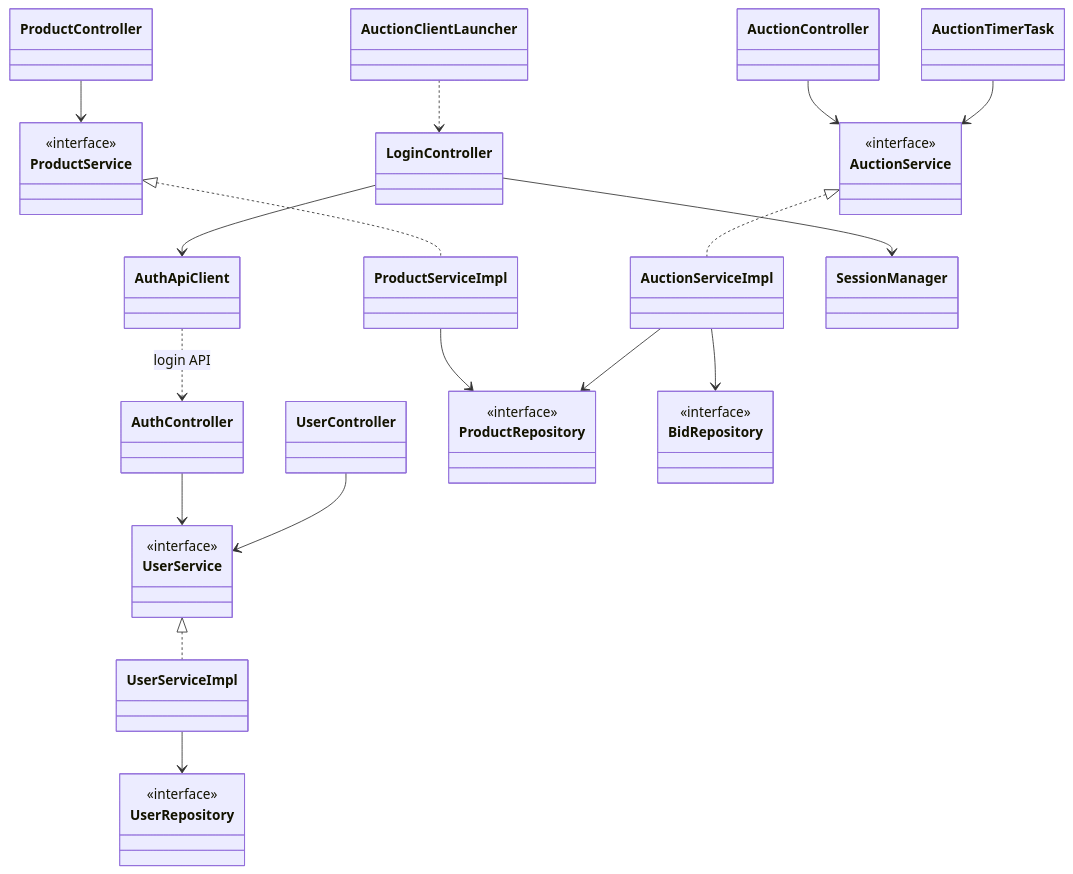
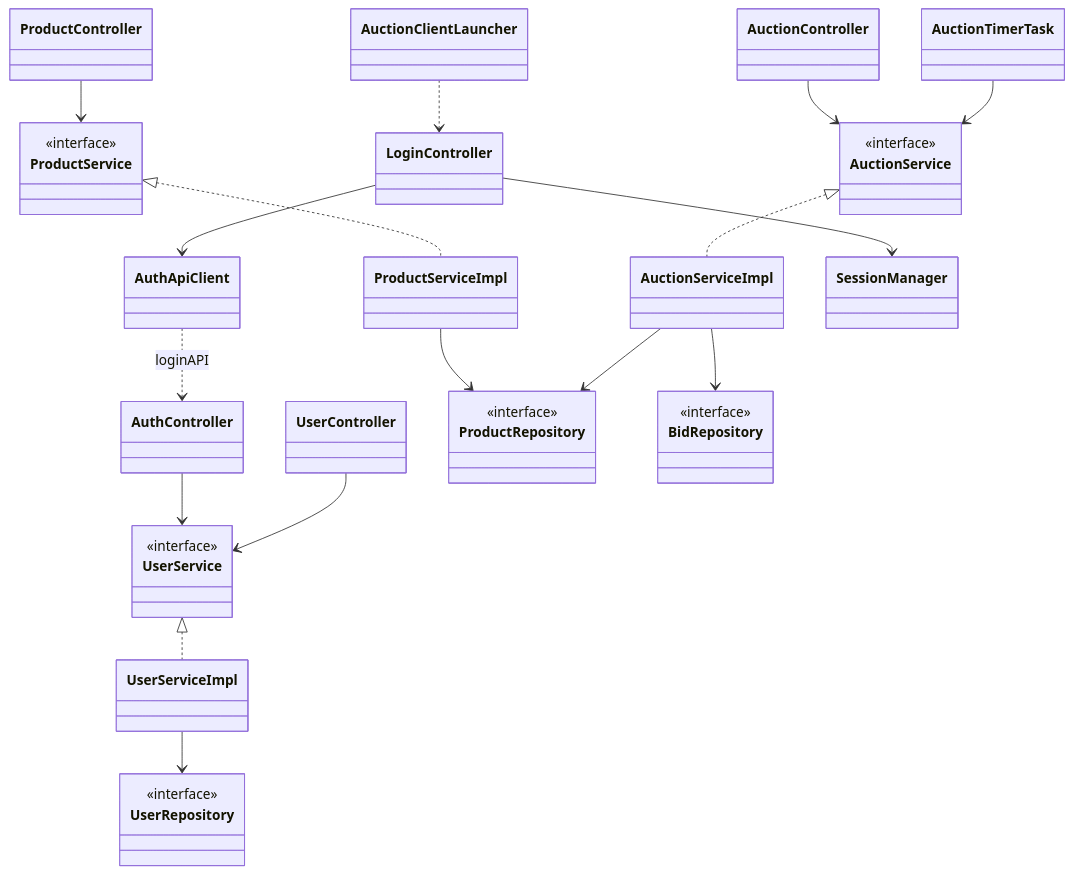
Before and after one commit to quagn-collab/GROUP-6-BTL: the sixth of 6 diagrams in docs/README/README.md, drawn with Mermaid. The commit also changed other lines of this file, not shown here.

````diff
--- a/docs/README/README.md
+++ b/docs/README/README.md
@@ -261,50 +256,49 @@
 ```mermaid
 classDiagram
-    direction TB
-    class AuthController
-    class ProductController
-    class AuctionController
-    class UserController
-    class UserService {
-        <<interface>>
-    }
-    class ProductService {
-        <<interface>>
-    }
-    class AuctionService {
-        <<interface>>
-    }
-    class UserServiceImpl
-    class ProductServiceImpl
-    class AuctionServiceImpl
-    class UserRepository {
-        <<interface>>
-    }
-    class ProductRepository {
-        <<interface>>
-    }
-    class BidRepository {
-        <<interface>>
-    }
-    class AuctionTimerTask
-    class AuctionClientLauncher
-    class AuthApiClient
-    class LoginController
-    class SessionManager
-    AuthController --> UserService
-    ProductController --> ProductService
-    AuctionController --> AuctionService
-    UserController --> UserService
-    UserService <|.. UserServiceImpl
-    ProductService <|.. ProductServiceImpl
-    AuctionService <|.. AuctionServiceImpl
-    UserServiceImpl --> UserRepository
-    ProductServiceImpl --> ProductRepository
-    AuctionServiceImpl --> BidRepository
-    AuctionServiceImpl --> ProductRepository
-    AuctionTimerTask --> AuctionService
-    AuctionClientLauncher ..> LoginController
-    LoginController --> AuthApiClient
-    LoginController --> SessionManager
-    AuthApiClient ..> AuthController : login API
+  class AuthController
+  class ProductController
+  class AuctionController
+  class UserController
+  class UserService {
+    <<interface>>
+  }
+  class ProductService {
+    <<interface>>
+  }
+  class AuctionService {
+    <<interface>>
+  }
+  class UserServiceImpl
+  class ProductServiceImpl
+  class AuctionServiceImpl
+  class UserRepository {
+    <<interface>>
+  }
+  class ProductRepository {
+    <<interface>>
+  }
+  class BidRepository {
+    <<interface>>
+  }
+  class AuctionTimerTask
+  class AuctionClientLauncher
+  class AuthApiClient
+  class LoginController
+  class SessionManager
+  AuthController --> UserService
+  ProductController --> ProductService
+  AuctionController --> AuctionService
+  UserController --> UserService
+  UserService <|.. UserServiceImpl
+  ProductService <|.. ProductServiceImpl
+  AuctionService <|.. AuctionServiceImpl
+  UserServiceImpl --> UserRepository
+  ProductServiceImpl --> ProductRepository
+  AuctionServiceImpl --> BidRepository
+  AuctionServiceImpl --> ProductRepository
+  AuctionTimerTask --> AuctionService
+  AuctionClientLauncher ..> LoginController
+  LoginController --> AuthApiClient
+  LoginController --> SessionManager
+  AuthApiClient ..> AuthController : loginAPI
 ```
````
